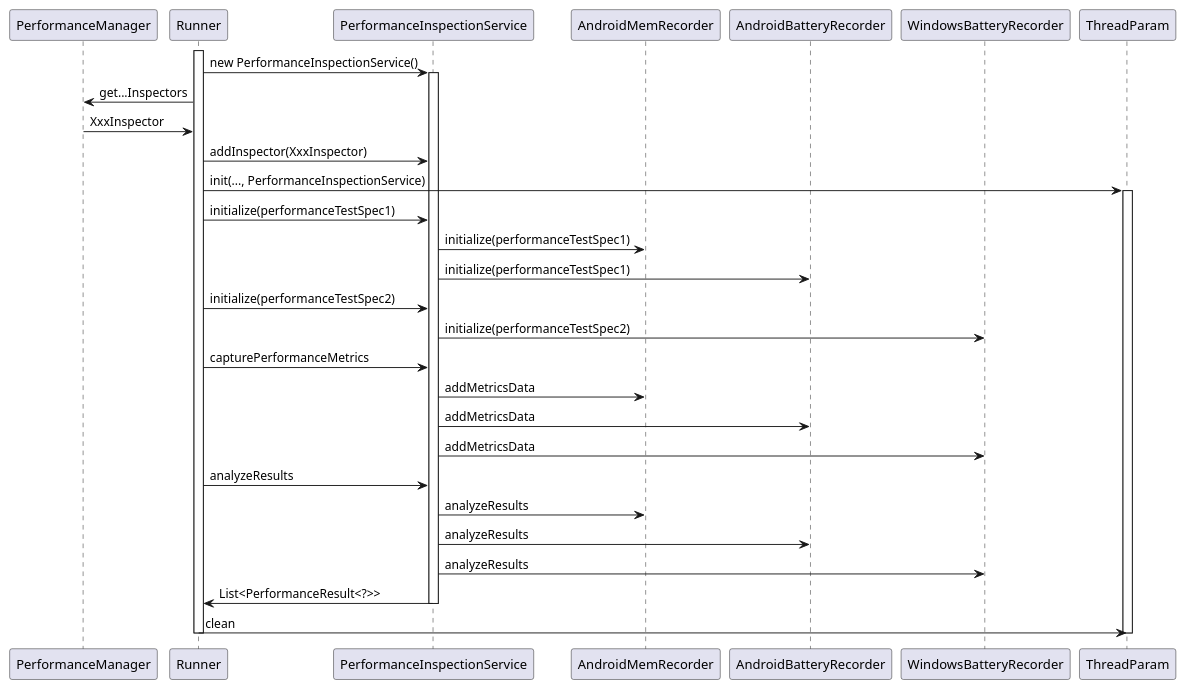
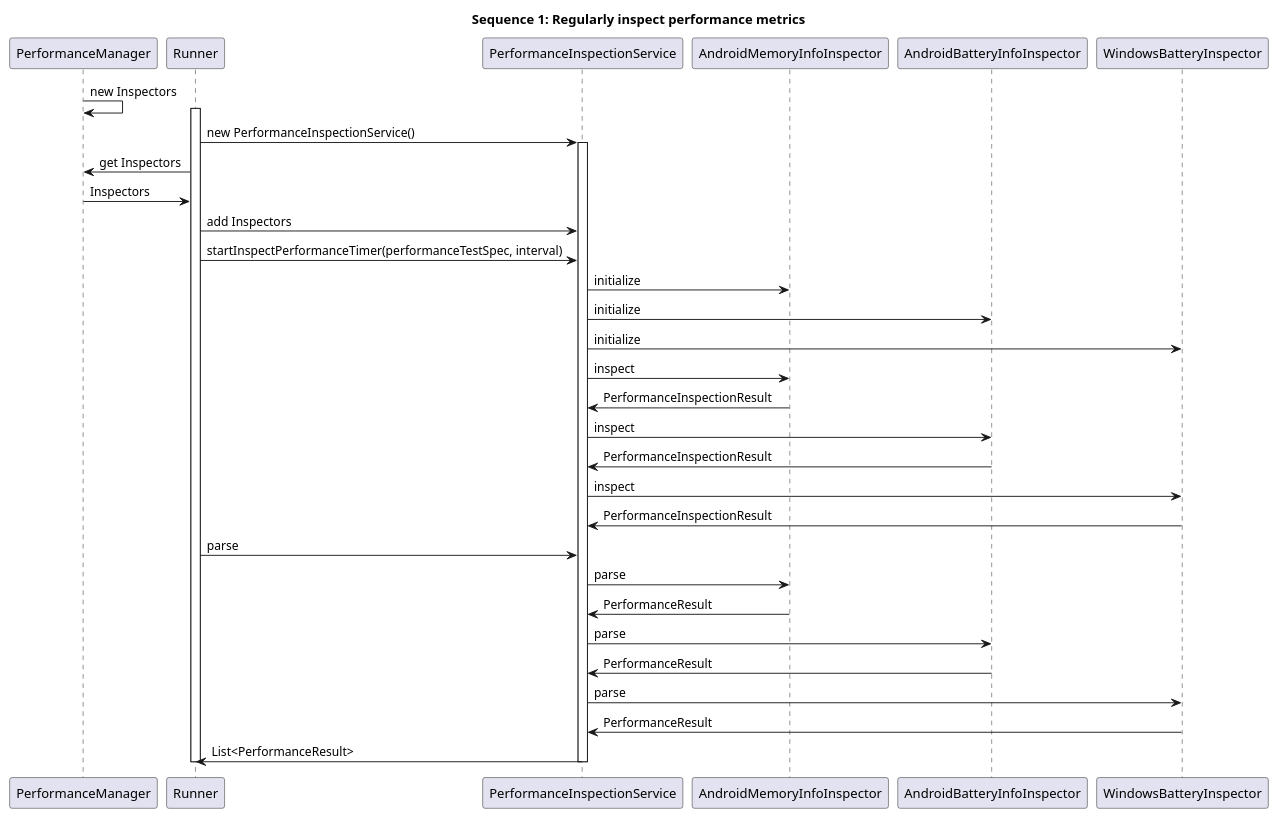
The second of 3 diagrams in agent/doc/UML/perf_design.puml (microsoft/HydraLab), drawn with PlantUML before and after one commit. The commit also changed other lines of this file, not shown here.

Commit message:
Update sequence

```diff
--- a/agent/doc/UML/perf_design.puml
+++ b/agent/doc/UML/perf_design.puml
@@ -83,36 +83,38 @@
 @startuml
 participant PerformanceManager
 participant Runner
 participant PerformanceInspectionService
-participant AndroidMemRecorder
-participant AndroidBatteryRecorder
-participant WindowsBatteryRecorder
-participant ThreadParam
+participant AndroidMemoryInfoInspector
+participant AndroidBatteryInfoInspector
+participant WindowsBatteryInspector
 
+title Sequence 1: Regularly inspect performance metrics
+
+PerformanceManager -> PerformanceManager: new Inspectors
 activate Runner
 Runner -> PerformanceInspectionService : new PerformanceInspectionService()
 activate PerformanceInspectionService
-Runner -> PerformanceManager: get...Inspectors
-PerformanceManager -> Runner: XxxInspector
-Runner -> PerformanceInspectionService : addInspector(XxxInspector)
-Runner -> ThreadParam: init(..., PerformanceInspectionService)
-activate ThreadParam
-Runner -> PerformanceInspectionService : initialize(performanceTestSpec1)
-PerformanceInspectionService -> AndroidMemRecorder : initialize(performanceTestSpec1)
-PerformanceInspectionService -> AndroidBatteryRecorder : initialize(performanceTestSpec1)
-Runner -> PerformanceInspectionService : initialize(performanceTestSpec2)
-PerformanceInspectionService -> WindowsBatteryRecorder : initialize(performanceTestSpec2)
-Runner -> PerformanceInspectionService : capturePerformanceMetrics
-PerformanceInspectionService -> AndroidMemRecorder : addMetricsData
-PerformanceInspectionService -> AndroidBatteryRecorder : addMetricsData
-PerformanceInspectionService -> WindowsBatteryRecorder : addMetricsData
-Runner -> PerformanceInspectionService : analyzeResults
-PerformanceInspectionService -> AndroidMemRecorder : analyzeResults
-PerformanceInspectionService -> AndroidBatteryRecorder : analyzeResults
-PerformanceInspectionService -> WindowsBatteryRecorder : analyzeResults
-PerformanceInspectionService -> Runner: List<PerformanceResult<?>>
+Runner -> PerformanceManager: get Inspectors
+PerformanceManager -> Runner: Inspectors
+Runner -> PerformanceInspectionService : add Inspectors
+Runner -> PerformanceInspectionService : startInspectPerformanceTimer(performanceTestSpec, interval)
+PerformanceInspectionService -> AndroidMemoryInfoInspector : initialize
+PerformanceInspectionService -> AndroidBatteryInfoInspector : initialize
+PerformanceInspectionService -> WindowsBatteryInspector : initialize
+PerformanceInspectionService -> AndroidMemoryInfoInspector : inspect
+AndroidMemoryInfoInspector -> PerformanceInspectionService : PerformanceInspectionResult
+PerformanceInspectionService -> AndroidBatteryInfoInspector : inspect
+AndroidBatteryInfoInspector -> PerformanceInspectionService : PerformanceInspectionResult
+PerformanceInspectionService -> WindowsBatteryInspector : inspect
+WindowsBatteryInspector -> PerformanceInspectionService : PerformanceInspectionResult
+Runner -> PerformanceInspectionService : parse
+PerformanceInspectionService -> AndroidMemoryInfoInspector : parse
+AndroidMemoryInfoInspector -> PerformanceInspectionService : PerformanceResult
+PerformanceInspectionService -> AndroidBatteryInfoInspector : parse
+AndroidBatteryInfoInspector -> PerformanceInspectionService : PerformanceResult
+PerformanceInspectionService -> WindowsBatteryInspector : parse
+WindowsBatteryInspector -> PerformanceInspectionService : PerformanceResult
+PerformanceInspectionService -> Runner: List<PerformanceResult>
 deactivate PerformanceInspectionService
-Runner -> ThreadParam: clean
-deactivate ThreadParam
 deactivate Runner
 @enduml
```
